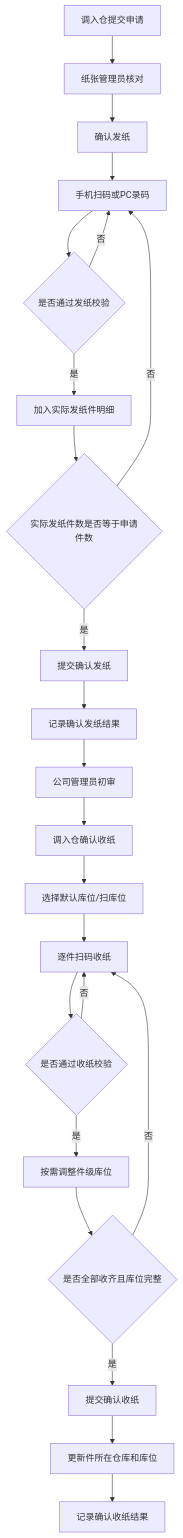
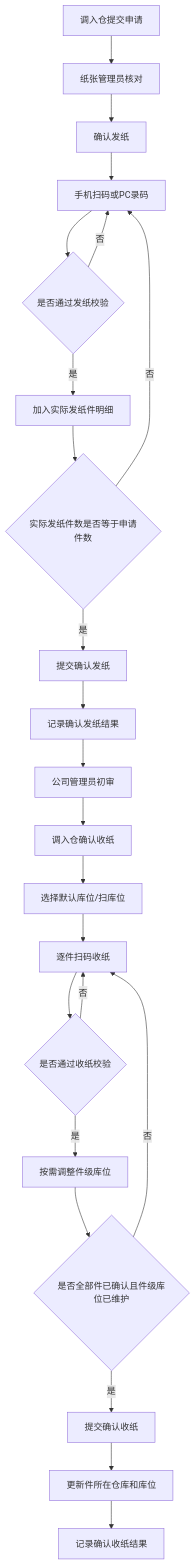
One commit to 22816523/math-kids changed the second of 3 diagrams in 3-纸张管理扫码出入库/纸张管理迭代需求文档_2026-03-18.md. Above: the diagram before and after it, drawn with Mermaid. The commit also changed other lines of this file and 12 other files, not shown here.

````diff
--- a/3-纸张管理扫码出入库/纸张管理迭代需求文档_2026-03-18.md
+++ b/3-纸张管理扫码出入库/纸张管理迭代需求文档_2026-03-18.md
@@ -217,25 +231,25 @@
 ```mermaid
 graph TD
 A[调入仓提交申请] --> B[纸张管理员核对]
 B --> C[确认发纸]
 C --> D[手机扫码或PC录码]
 D --> E{是否通过发纸校验}
 E -->|否| D
 E -->|是| F[加入实际发纸件明细]
 F --> G{实际发纸件数是否等于申请件数}
 G -->|否| D
 G -->|是| H[提交确认发纸]
 H --> I[记录确认发纸结果]
 I --> J[公司管理员初审]
 J --> K[调入仓确认收纸]
 K --> L[选择默认库位/扫库位]
 L --> M[逐件扫码收纸]
 M --> N{是否通过收纸校验}
 N -->|否| M
 N -->|是| O[按需调整件级库位]
-O --> P{是否全部收齐且库位完整}
+O --> P{是否全部件已确认且件级库位已维护}
 P -->|否| M
 P -->|是| Q[提交确认收纸]
 Q --> R[更新件所在仓库和库位]
 R --> S[记录确认收纸结果]
 ```
````
